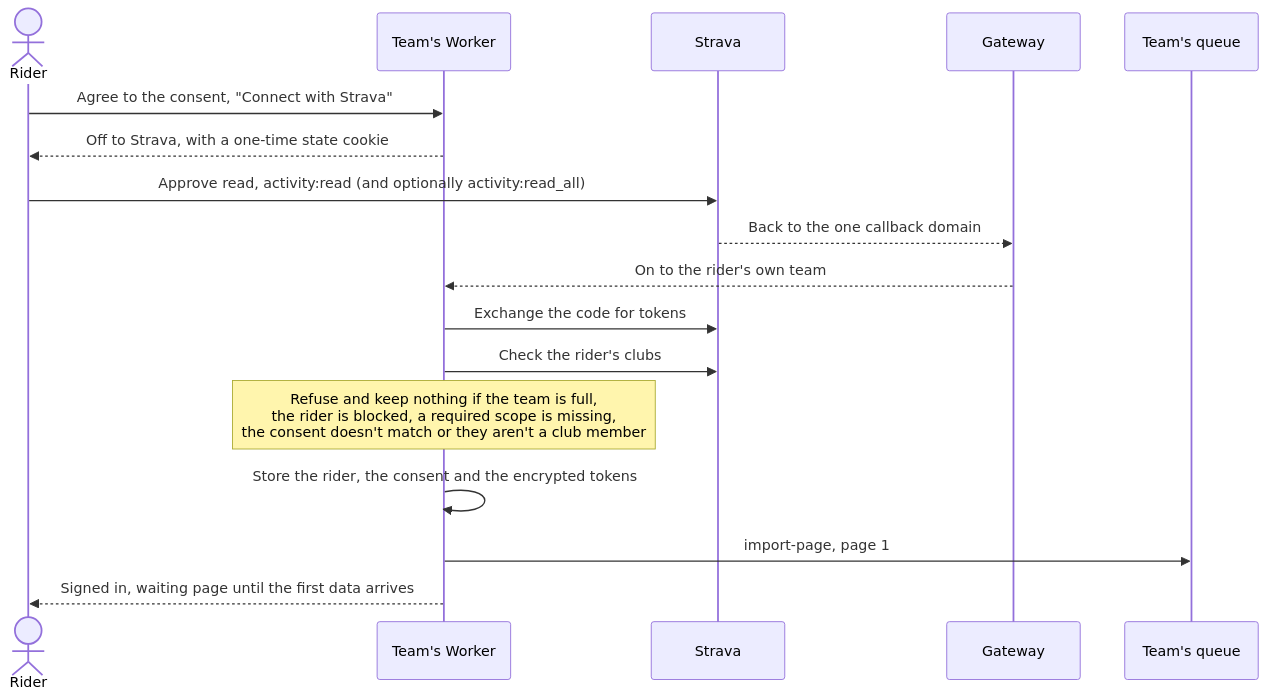
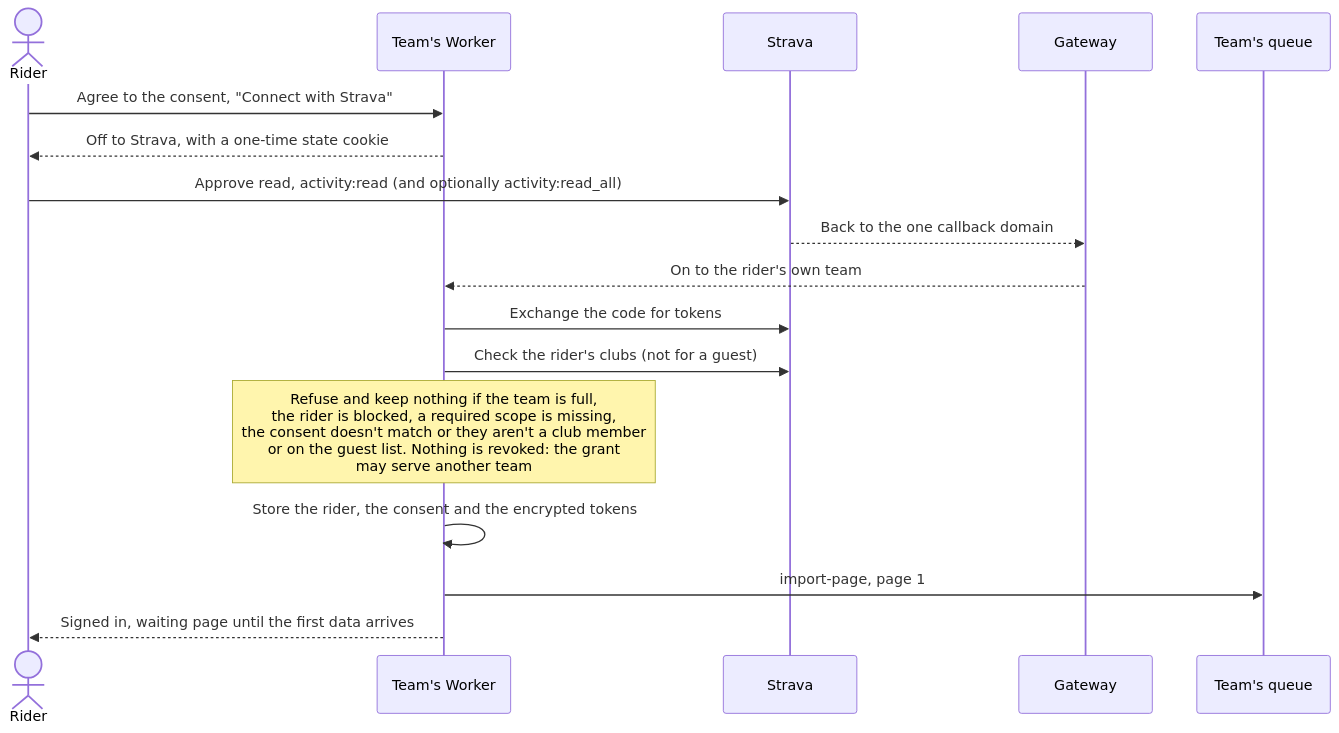
The second of 6 diagrams in docs/how-it-runs.md (SaSteffen/RynkePoints), drawn with Mermaid before and after one commit. The commit also changed other lines of this file and 45 other files, not shown here.

````diff
--- a/docs/how-it-runs.md
+++ b/docs/how-it-runs.md
@@ -117,20 +117,20 @@
 ```mermaid
 sequenceDiagram
     actor R as Rider
     participant T as Team's Worker
     participant S as Strava
     participant G as Gateway
     participant Q as Team's queue
 
     R->>T: Agree to the consent, "Connect with Strava"
     T-->>R: Off to Strava, with a one-time state cookie
     R->>S: Approve read, activity:read (and optionally activity:read_all)
     S-->>G: Back to the one callback domain
     G-->>T: On to the rider's own team
     T->>S: Exchange the code for tokens
-    T->>S: Check the rider's clubs
-    Note over T: Refuse and keep nothing if the team is full,<br/>the rider is blocked, a required scope is missing,<br/>the consent doesn't match or they aren't a club member
+    T->>S: Check the rider's clubs (not for a guest)
+    Note over T: Refuse and keep nothing if the team is full,<br/>the rider is blocked, a required scope is missing,<br/>the consent doesn't match or they aren't a club member<br/>or on the guest list. Nothing is revoked: the grant<br/>may serve another team
     T->>T: Store the rider, the consent and the encrypted tokens
     T->>Q: import-page, page 1
     T-->>R: Signed in, waiting page until the first data arrives
 ```
````
